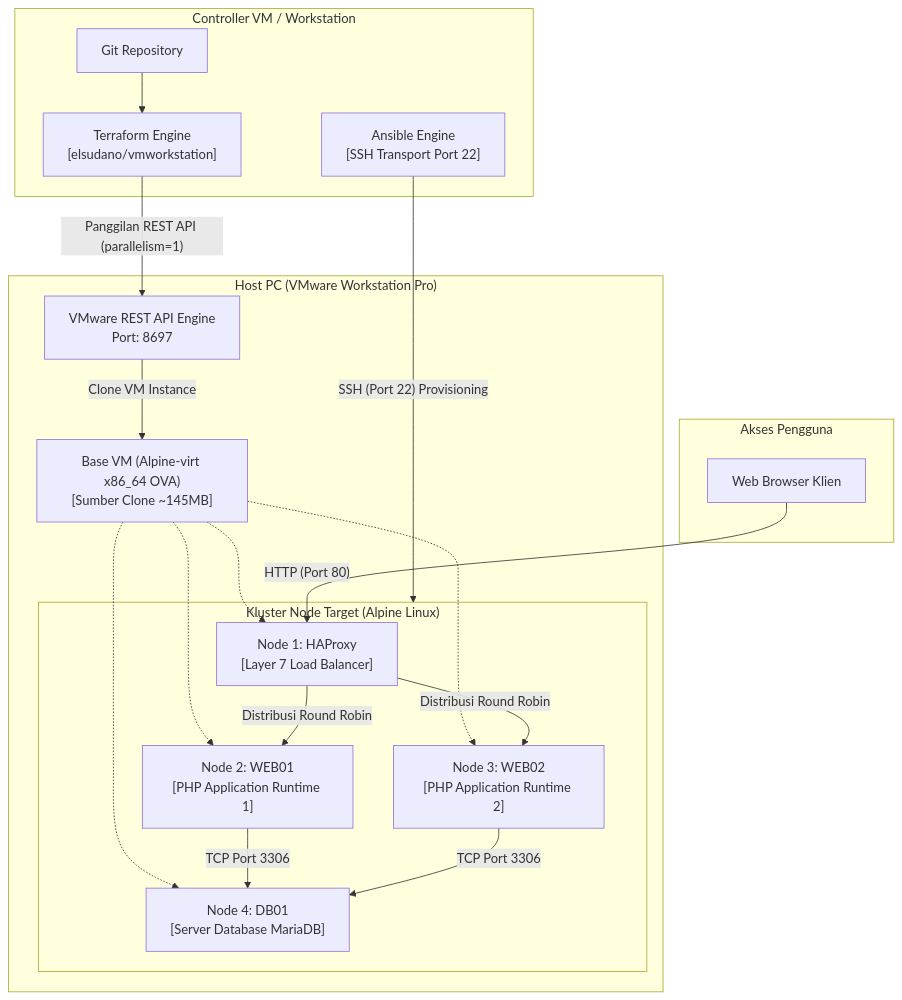
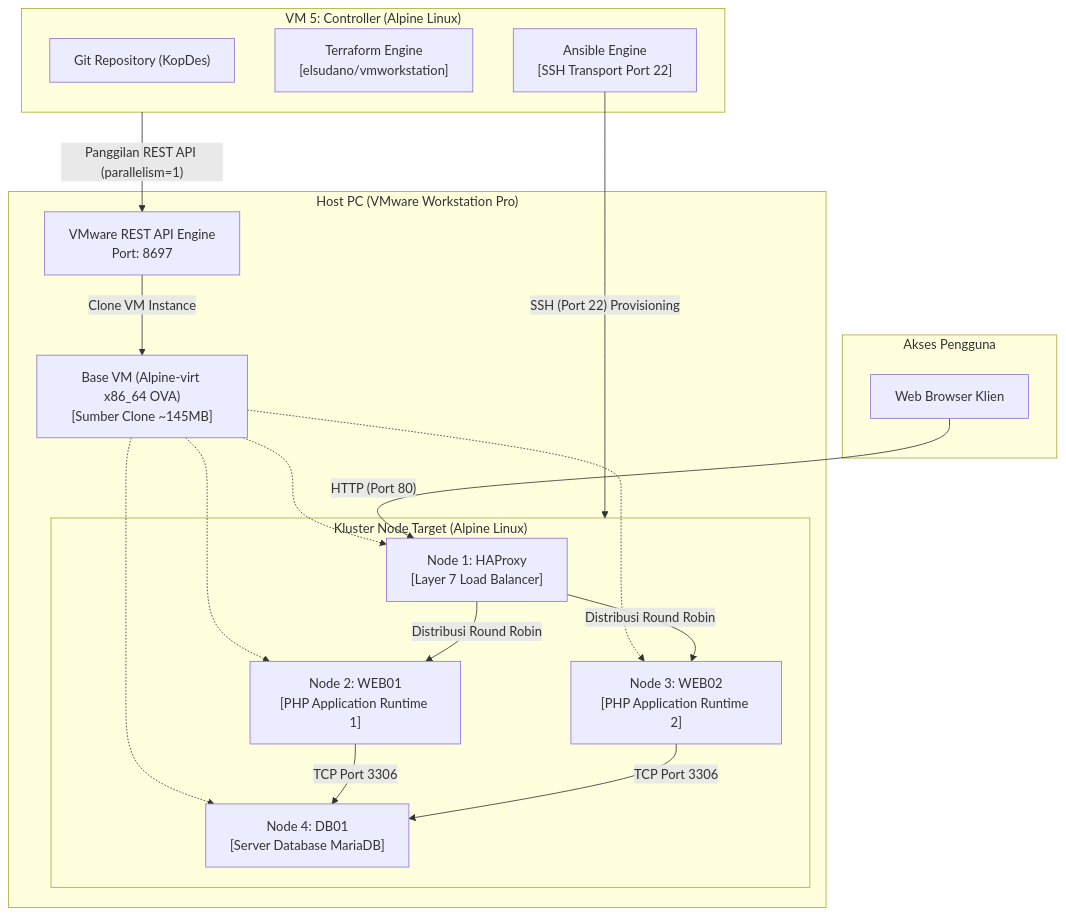
Before and after one commit to fendyramadhani9-cloud/kopdes-iac-automation: the diagram in README.md, drawn with Mermaid. The commit also changed other lines of this file and 1 other file, not shown here.

Commit message:
docs: establish 5-VM Alpine architecture with Alpine Controller and native apk tooling

````diff
--- a/README.md
+++ b/README.md
@@ -36,40 +36,39 @@
 ```mermaid
 flowchart TD
     subgraph Host["Host PC (VMware Workstation Pro)"]
         vmrest["VMware REST API Engine\nPort: 8697"]
         BaseVM["Base VM (Alpine-virt x86_64 OVA)\n[Sumber Clone ~145MB]"]
         
         subgraph Cluster["Kluster Node Target (Alpine Linux)"]
             HAProxy["Node 1: HAProxy\n[Layer 7 Load Balancer]"]
             Web01["Node 2: WEB01\n[PHP Application Runtime 1]"]
             Web02["Node 3: WEB02\n[PHP Application Runtime 2]"]
             DB01["Node 4: DB01\n[Server Database MariaDB]"]
         end
     end
 
-    subgraph ControlNode["Controller VM / Workstation"]
-        GitRepo["Git Repository"]
+    subgraph ControlNode["VM 5: Controller (Alpine Linux)"]
+        GitRepo["Git Repository (KopDes)"]
         TF["Terraform Engine\n[elsudano/vmworkstation]"]
         Ansible["Ansible Engine\n[SSH Transport Port 22]"]
     end
 
     subgraph Clients["Akses Pengguna"]
         Browser["Web Browser Klien"]
     end
 
-    GitRepo --> TF
-    TF -->|"Panggilan REST API (parallelism=1)"| vmrest
+    ControlNode -->|"Panggilan REST API (parallelism=1)"| vmrest
     vmrest -->|"Clone VM Instance"| BaseVM
     BaseVM -.-> HAProxy
     BaseVM -.-> Web01
     BaseVM -.-> Web02
     BaseVM -.-> DB01
 
     Ansible -->|"SSH (Port 22) Provisioning"| Cluster
 
     Browser -->|"HTTP (Port 80)"| HAProxy
     HAProxy -->|"Distribusi Round Robin"| Web01
     HAProxy -->|"Distribusi Round Robin"| Web02
     Web01 -->|"TCP Port 3306"| DB01
     Web02 -->|"TCP Port 3306"| DB01
 ```
````
